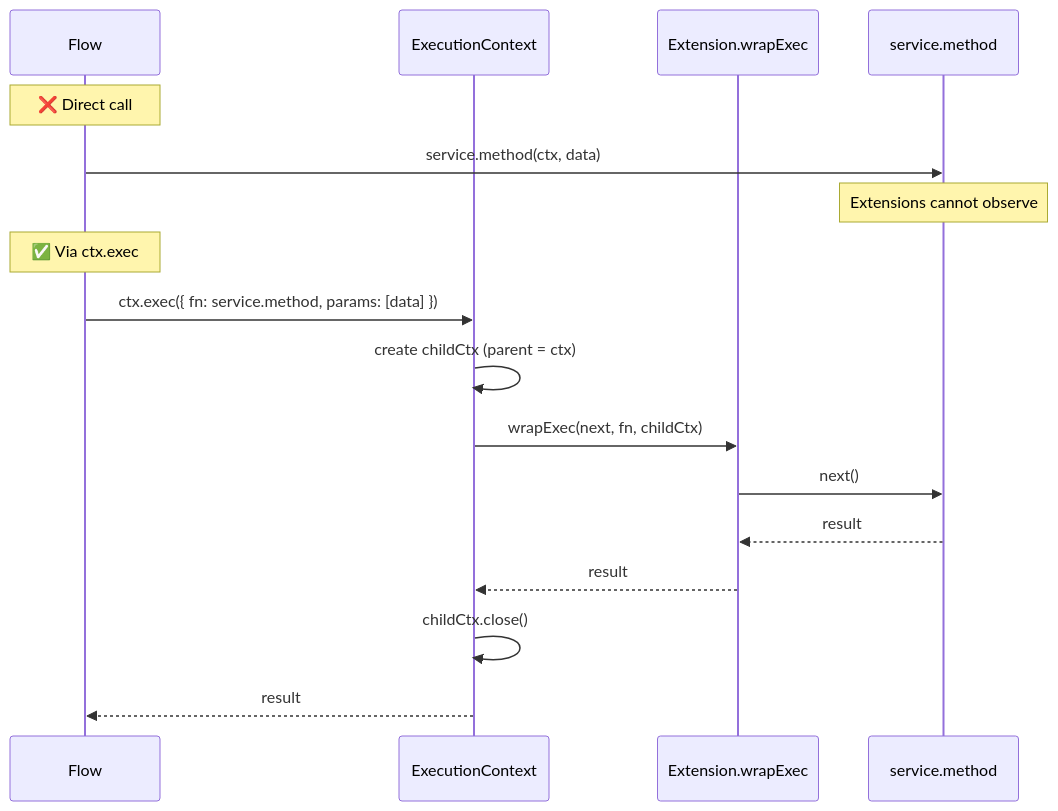
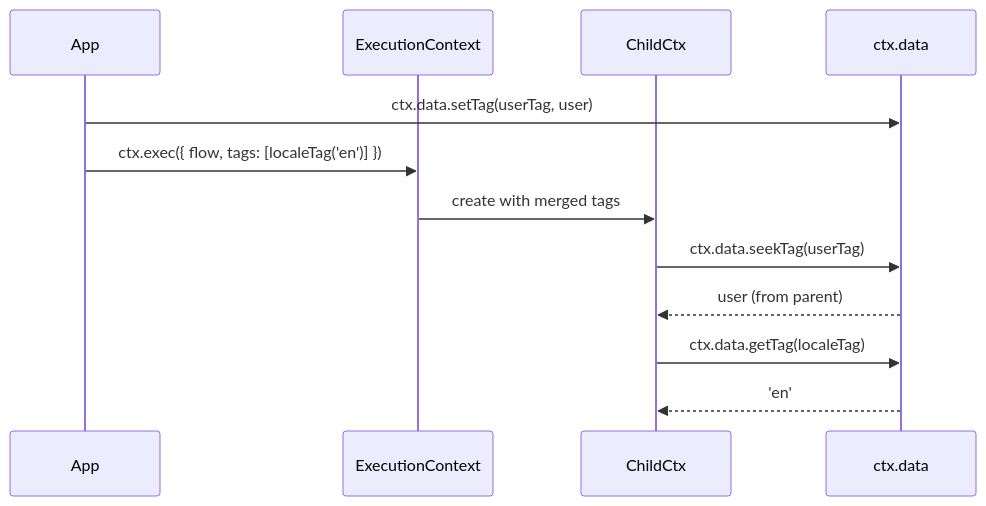
One commit to pumped-fn/pumped-fn changed the fifth of 11 diagrams in packages/lite/PATTERNS.md. Above: the diagram before and after it, drawn with Mermaid. The commit also changed other lines of this file and 4 other files, not shown here.

First line of the commit message:
docs(lite): replace text glossary with mermaid diagrams

````diff
--- a/packages/lite/PATTERNS.md
+++ b/packages/lite/PATTERNS.md
@@ -116,21 +122,17 @@
 ```mermaid
 sequenceDiagram
-    participant Flow
+    participant App
     participant Ctx as ExecutionContext
-    participant Ext as Extension.wrapExec
-    participant Fn as service.method
+    participant ChildCtx
+    participant Data as ctx.data
 
-    Note over Flow: ❌ Direct call
-    Flow->>Fn: service.method(ctx, data)
-    Note over Fn: Extensions cannot observe
+    App->>Data: ctx.data.setTag(userTag, user)
+    App->>Ctx: ctx.exec({ flow, tags: [localeTag('en')] })
+    Ctx->>ChildCtx: create with merged tags
 
-    Note over Flow: ✅ Via ctx.exec
-    Flow->>Ctx: ctx.exec({ fn: service.method, params: [data] })
-    Ctx->>Ctx: create childCtx (parent = ctx)
-    Ctx->>Ext: wrapExec(next, fn, childCtx)
-    Ext->>Fn: next()
-    Fn-->>Ext: result
-    Ext-->>Ctx: result
-    Ctx->>Ctx: childCtx.close()
-    Ctx-->>Flow: result
+    ChildCtx->>Data: ctx.data.seekTag(userTag)
+    Data-->>ChildCtx: user (from parent)
+
+    ChildCtx->>Data: ctx.data.getTag(localeTag)
+    Data-->>ChildCtx: 'en'
 ```
````
